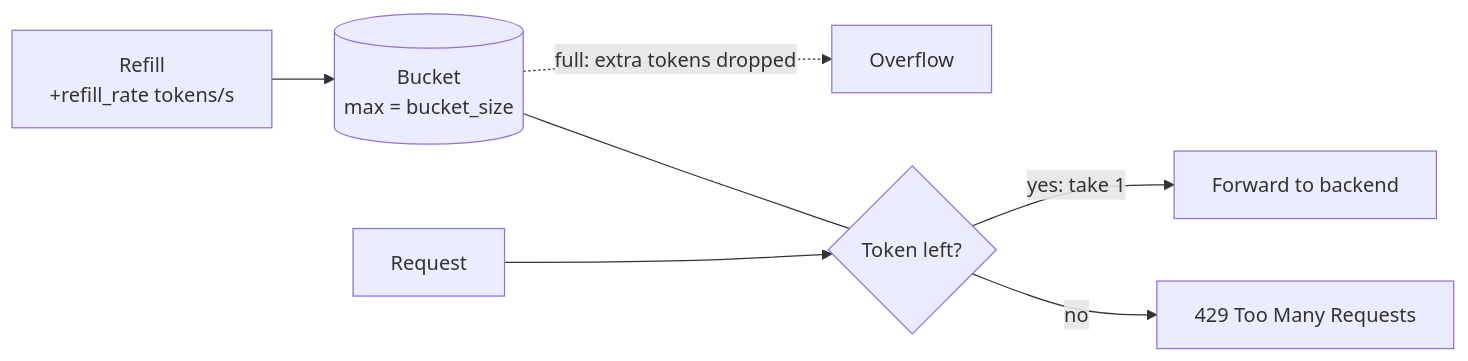
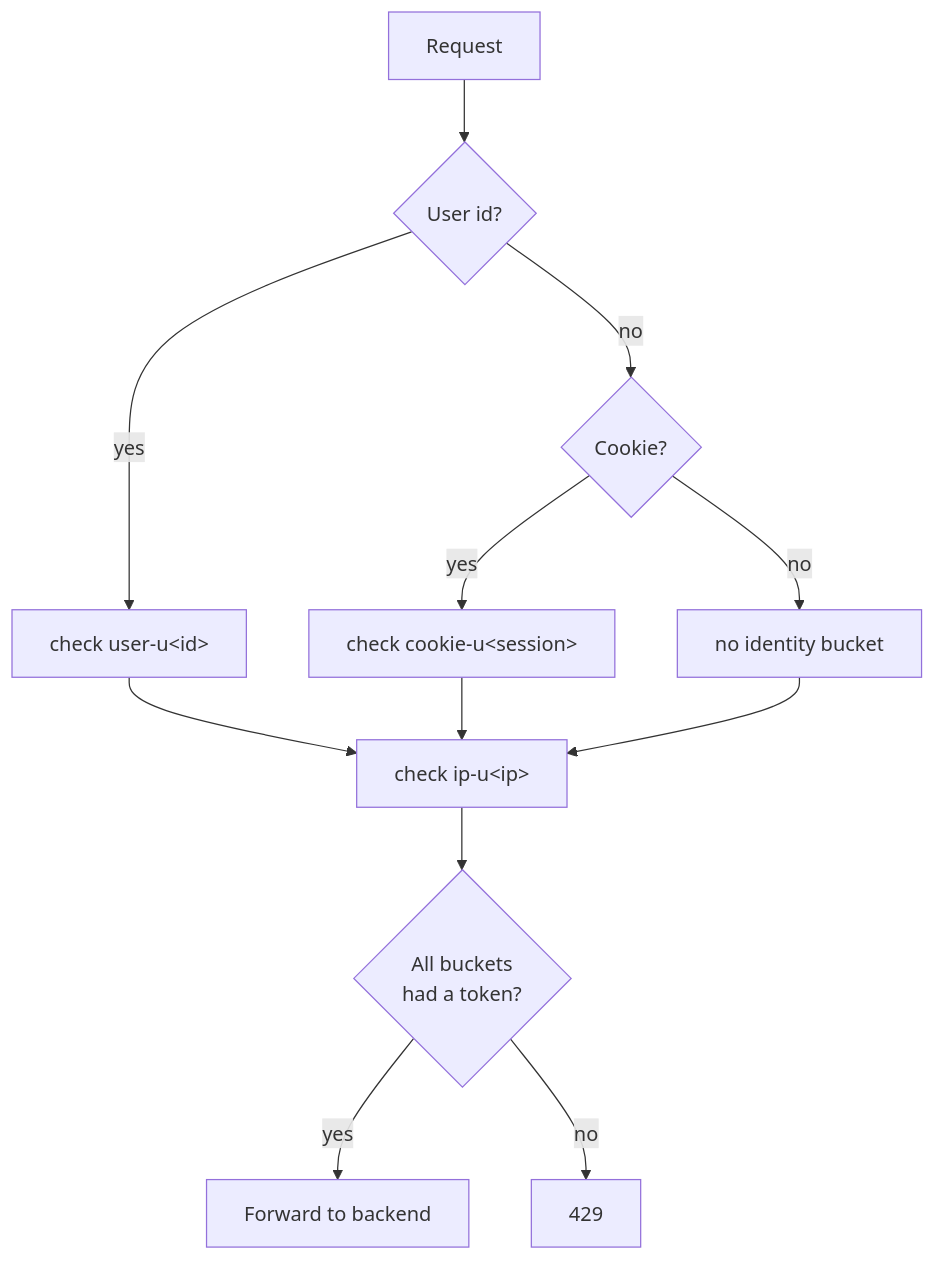
The fourth of 4 diagrams in projects/03-rate-limiter/docs/architecture.md (TareDevarsh/AWS-cloudformation-projects), drawn with Mermaid before and after one commit. The commit also changed other lines of this file and 22 other files, not shown here.

First line of the commit message:
03-rate-limiter: token bucket phase 1 (limiters, router, infra, scripts)

````diff
--- a/projects/03-rate-limiter/docs/architecture.md
+++ b/projects/03-rate-limiter/docs/architecture.md
@@ -166,9 +134,12 @@
 ```mermaid
-flowchart LR
-    Refill["Refill<br/>+refill_rate tokens/s"] --> Bucket[("Bucket<br/>max = bucket_size")]
-    Bucket -. "full: extra tokens dropped" .-> Drop[Overflow]
-    Req[Request] --> Check{Token left?}
-    Bucket --- Check
-    Check -- "yes: take 1" --> Allow[Forward to backend]
-    Check -- "no" --> Deny[429 Too Many Requests]
+flowchart TB
+    Req[Request] --> HasUser{User id?}
+    HasUser -- yes --> U[check user-u&lt;id&gt;]
+    HasUser -- no --> HasCookie{Cookie?}
+    HasCookie -- yes --> C[check cookie-u&lt;session&gt;]
+    HasCookie -- no --> None[no identity bucket]
+    U & C & None --> IP[check ip-u&lt;ip&gt;]
+    IP --> All{All buckets<br/>had a token?}
+    All -- yes --> Allow[Forward to backend]
+    All -- no --> Deny[429]
 ```
````
